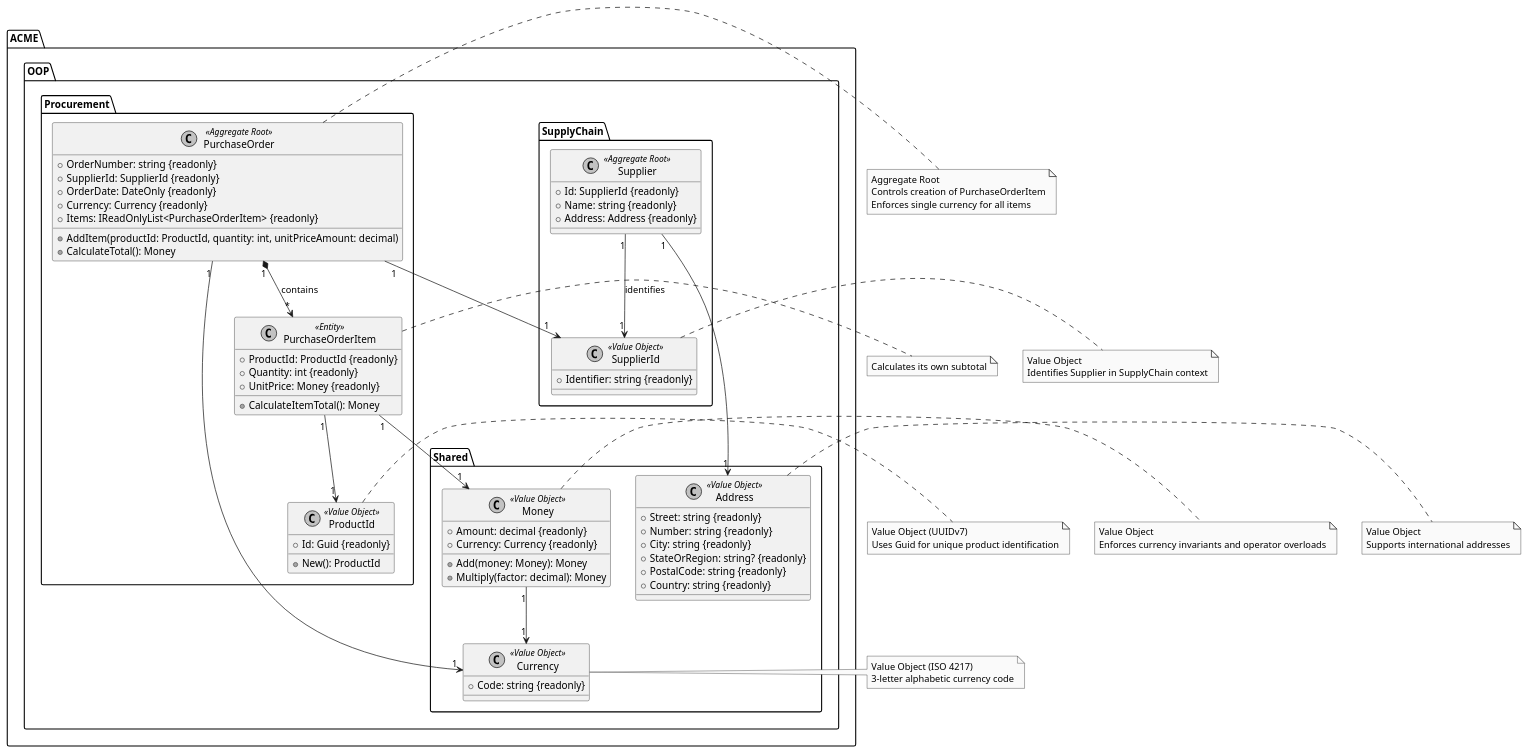
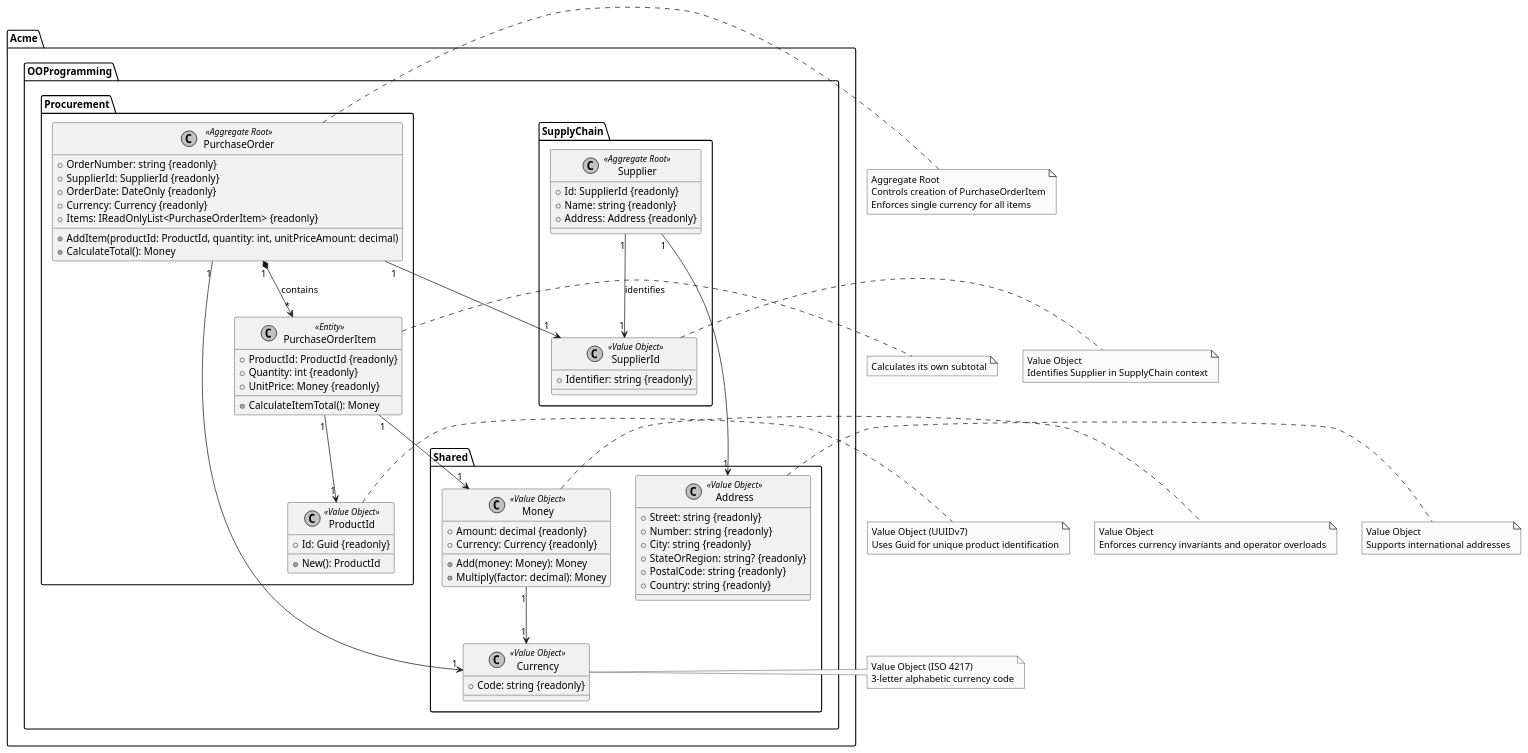
Before and after one commit to upc-pre-202620-1asi0730-8150/oop-sample: the diagram in docs/class-diagram.puml, drawn with PlantUML.

Commit message:
docs(diagrams): update package namespaces in class diagram for consistency
- Renamed `ACME.OOP.*` to `Acme.OOProgramming.*` in `class-diagram.puml`.
- Ensured alignment with revised naming conventions used across documentation.

```diff
--- a/docs/class-diagram.puml
+++ b/docs/class-diagram.puml
@@ -1,108 +1,108 @@
 @startuml
 skinparam monochrome true
 
-package "ACME.OOP.SupplyChain" {
+package "Acme.OOProgramming.SupplyChain" {
   class "Supplier" as Supplier <<Aggregate Root>> {
     +Id: SupplierId {readonly}
     +Name: string {readonly}
     +Address: Address {readonly}
   }
 
   class "SupplierId" as SupplierId <<Value Object>> {
     +Identifier: string {readonly}
   }
 
   Supplier "1" --> "1" SupplierId : identifies
 }
 
-package "ACME.OOP.Procurement" {
+package "Acme.OOProgramming.Procurement" {
   class "PurchaseOrder" as PO <<Aggregate Root>> {
     +OrderNumber: string {readonly}
     +SupplierId: SupplierId {readonly}
     +OrderDate: DateOnly {readonly}
     +Currency: Currency {readonly}
     +Items: IReadOnlyList<PurchaseOrderItem> {readonly}
     +AddItem(productId: ProductId, quantity: int, unitPriceAmount: decimal)
     +CalculateTotal(): Money
   }
 
   class "PurchaseOrderItem" as POItem <<Entity>> {
     +ProductId: ProductId {readonly}
     +Quantity: int {readonly}
     +UnitPrice: Money {readonly}
     +CalculateItemTotal(): Money
   }
 
   class "ProductId" as ProductId <<Value Object>> {
     +Id: Guid {readonly}
     +New(): ProductId
   }
 
   PO "1" --> "1" SupplierId
   PO "1" *--> "*" POItem : contains
   POItem "1" --> "1" ProductId
 }
 
-package "ACME.OOP.Shared" {
+package "Acme.OOProgramming.Shared" {
   class "Currency" as Currency <<Value Object>> {
     +Code: string {readonly}
   }
 
   class "Money" as Money <<Value Object>> {
     +Amount: decimal {readonly}
     +Currency: Currency {readonly}
     +Add(money: Money): Money
     +Multiply(factor: decimal): Money
   }
 
   class "Address" as Address <<Value Object>> {
     +Street: string {readonly}
     +Number: string {readonly}
     +City: string {readonly}
     +StateOrRegion: string? {readonly}
     +PostalCode: string {readonly}
     +Country: string {readonly}
   }
 
   PO "1" --> "1" Currency
   POItem "1" --> "1" Money
   Money "1" --> "1" Currency
   Supplier "1" --> "1" Address
 }
 
 note right of PO
   Aggregate Root
   Controls creation of PurchaseOrderItem
   Enforces single currency for all items
 end note
 
 note right of POItem
   Calculates its own subtotal
 end note
 
 note right of ProductId
   Value Object (UUIDv7)
   Uses Guid for unique product identification
 end note
 
 note right of SupplierId
   Value Object
   Identifies Supplier in SupplyChain context
 end note
 
 note right of Currency
   Value Object (ISO 4217)
   3-letter alphabetic currency code
 end note
 
 note right of Money
   Value Object
   Enforces currency invariants and operator overloads
 end note
 
 note right of Address
   Value Object
   Supports international addresses
 end note
 
 @enduml
```
